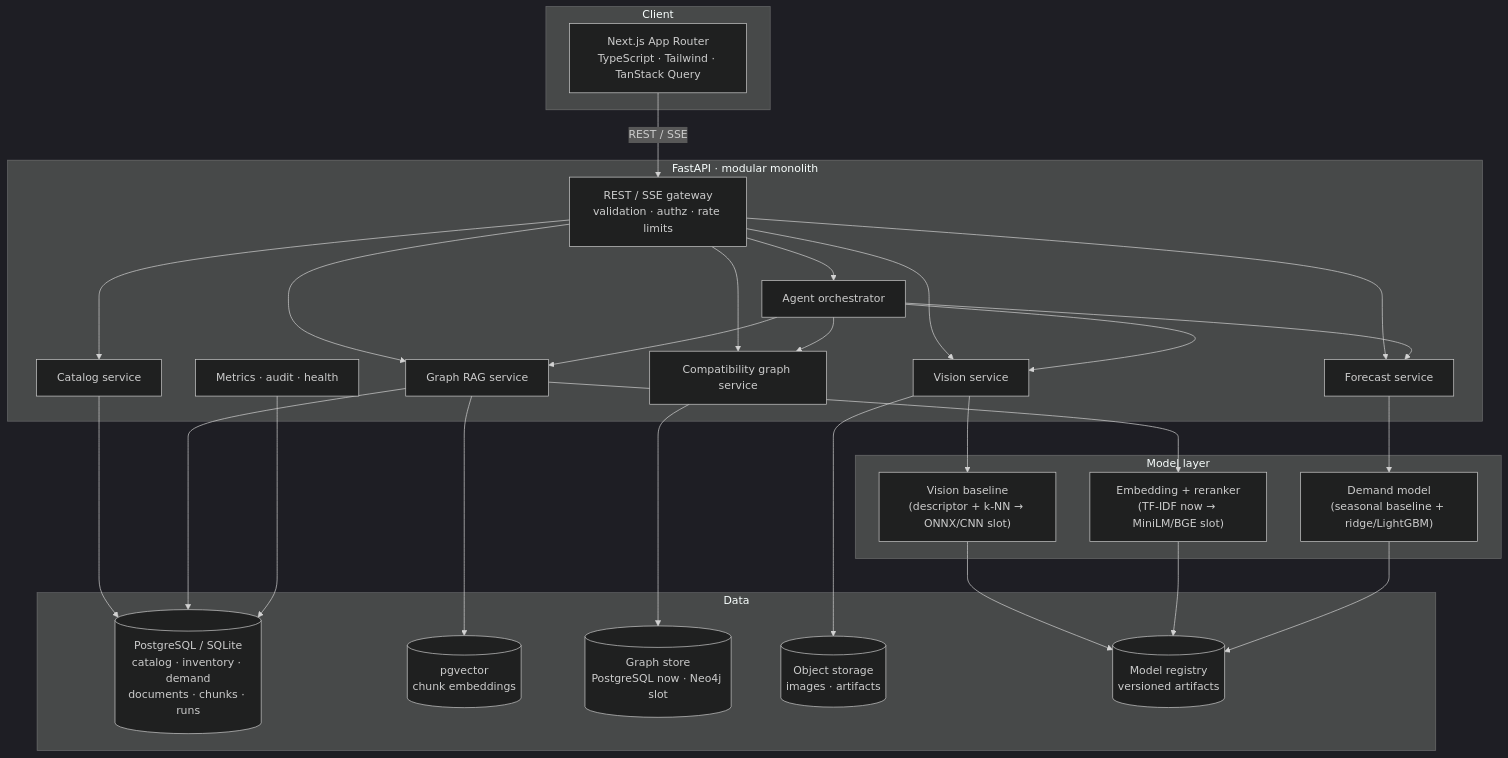
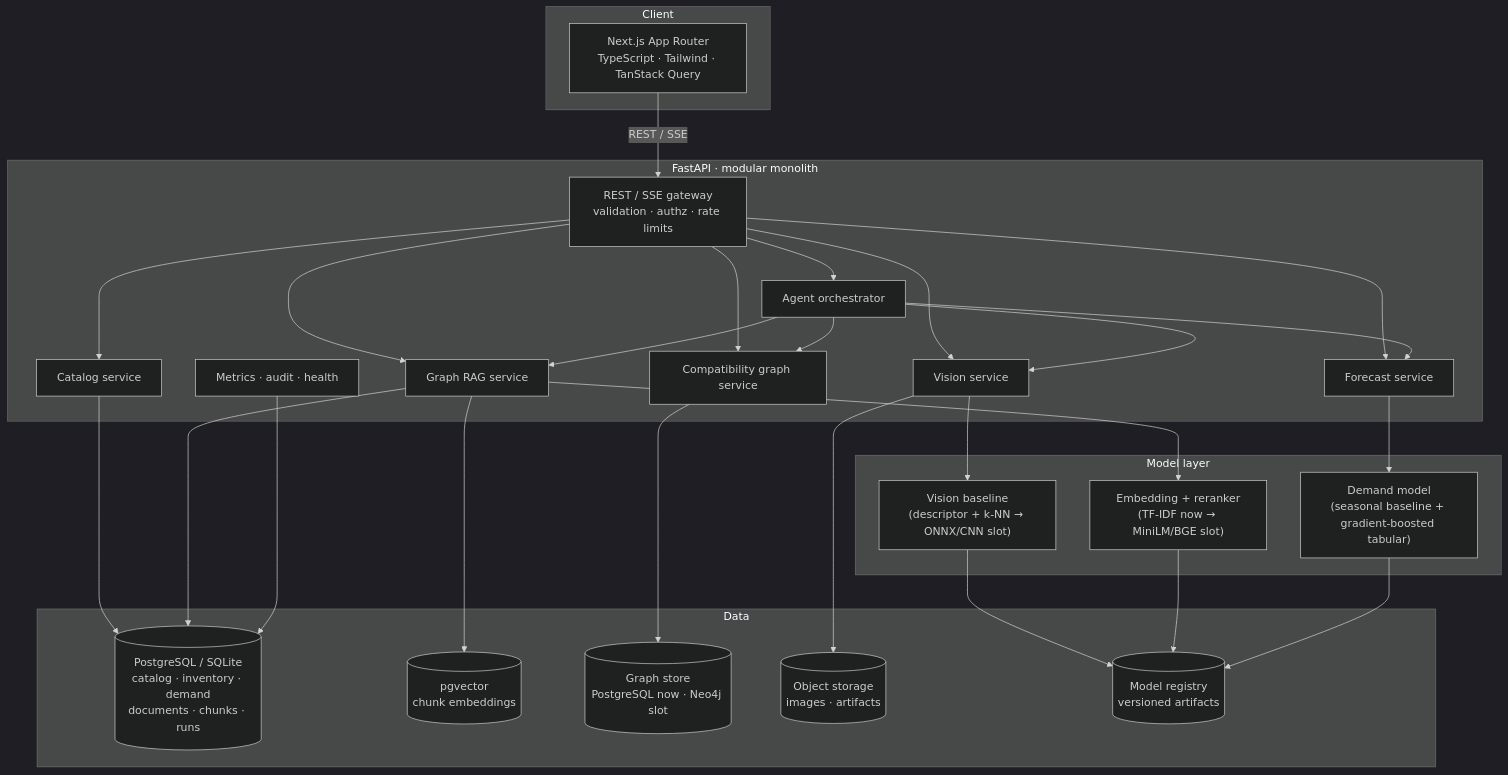
Before and after one commit to gopanihitansh5-collab/partscope: the first of 2 diagrams in README.md, drawn with Mermaid (dark theme). The commit also changed other lines of this file and 49 other files, not shown here.

Commit message:
feat(api): working catalog, vision, graph, retrieval, forecast and agent pipeline

````diff
--- a/README.md
+++ b/README.md
@@ -111,45 +111,45 @@
 ```mermaid
 flowchart TB
     subgraph Client
         WEB["Next.js App Router<br/>TypeScript · Tailwind · TanStack Query"]
     end
 
     subgraph API["FastAPI · modular monolith"]
         GW["REST / SSE gateway<br/>validation · authz · rate limits"]
         CAT["Catalog service"]
         VIS["Vision service"]
         GRP["Compatibility graph service"]
         RAG["Graph RAG service"]
         FCT["Forecast service"]
         AGT["Agent orchestrator"]
         MON["Metrics · audit · health"]
     end
 
     subgraph AI["Model layer"]
         VM["Vision baseline<br/>(descriptor + k-NN → ONNX/CNN slot)"]
         EM["Embedding + reranker<br/>(TF-IDF now → MiniLM/BGE slot)"]
-        FM["Demand model<br/>(seasonal baseline + ridge/LightGBM)"]
+        FM["Demand model<br/>(seasonal baseline + gradient-boosted tabular)"]
     end
 
     subgraph Data
         PG[("PostgreSQL / SQLite<br/>catalog · inventory · demand<br/>documents · chunks · runs")]
         VEC[("pgvector<br/>chunk embeddings")]
         GDB[("Graph store<br/>PostgreSQL now · Neo4j slot")]
         OBJ[("Object storage<br/>images · artifacts")]
         REG[("Model registry<br/>versioned artifacts")]
     end
 
     WEB -->|REST / SSE| GW
     GW --> CAT & VIS & GRP & RAG & FCT & AGT
     AGT --> VIS & GRP & RAG & FCT
     VIS --> VM
     RAG --> EM
     FCT --> FM
     CAT --> PG
     GRP --> GDB
     RAG --> VEC
     RAG --> PG
     VIS --> OBJ
     VM & EM & FM --> REG
     MON --> PG
 ```
````
